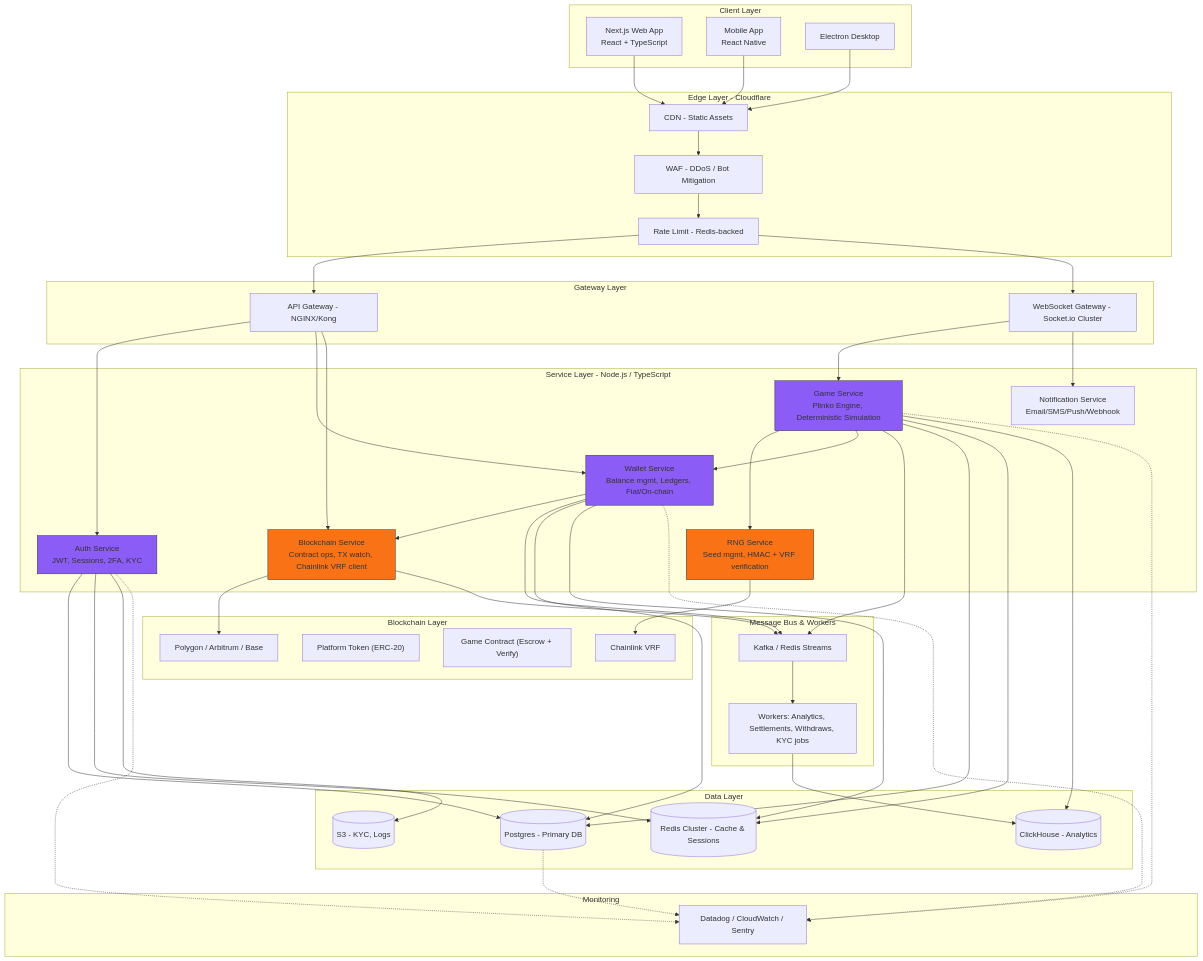
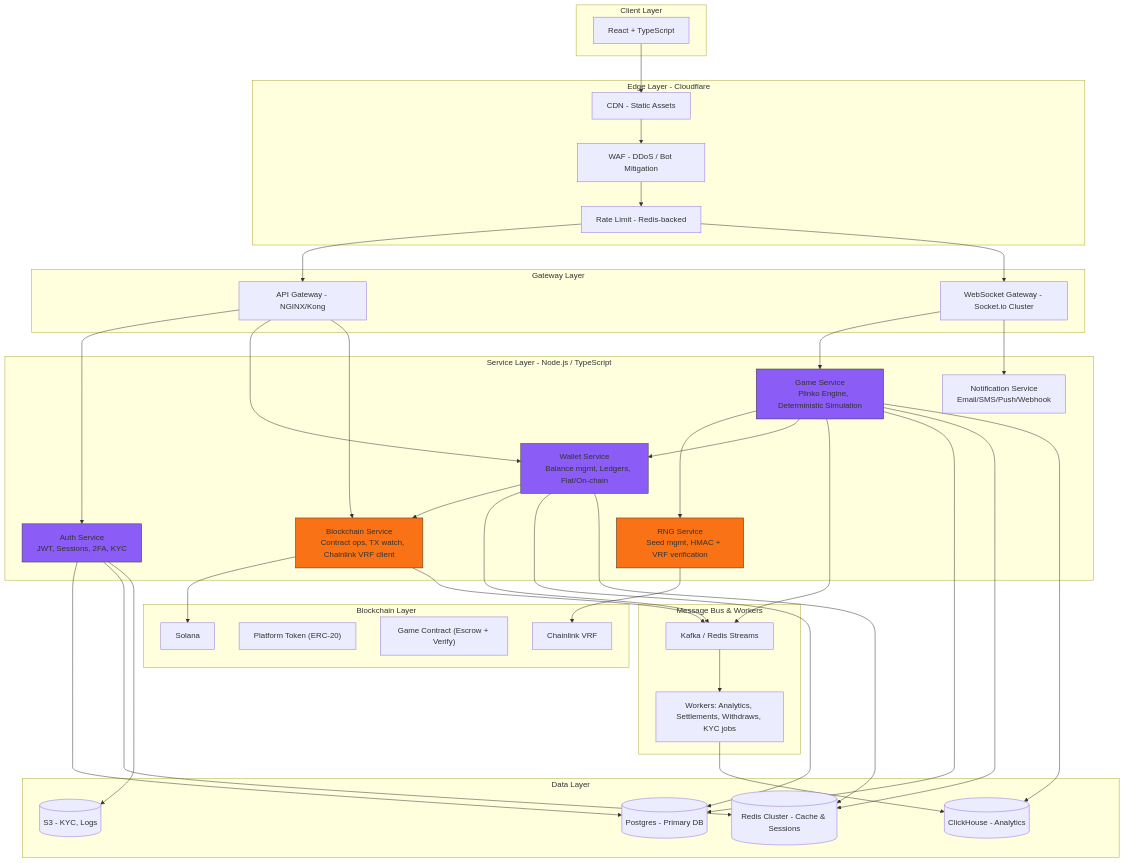
The diagram in README.md (NalinDalal/Astrix), drawn with Mermaid before and after one commit. The commit also changed other lines of this file and 4 other files, not shown here.

```diff
--- a/README.md
+++ b/README.md
@@ -15,9 +15,7 @@
 flowchart TB
   %% Client layer
   subgraph CLIENT ["Client Layer"]
-    A1["Next.js Web App\nReact + TypeScript"]
-    A2["Mobile App\nReact Native"]
-    A3["Electron Desktop"]
+    A1["React + TypeScript"]
   end
 
   %% Edge / CDN / WAF
@@ -35,12 +33,18 @@
 
   %% Services
   subgraph SERVICES ["Service Layer - Node.js / TypeScript"]
-    D1["Auth Service\nJWT, Sessions, 2FA, KYC"]
-    D2["Game Service\nPlinko Engine, Deterministic Simulation"]
-    D3["Wallet Service\nBalance mgmt, Ledgers, Fiat/On-chain"]
-    D4["RNG Service\nSeed mgmt, HMAC + VRF verification"]
-    D5["Blockchain Service\nContract ops, TX watch, Chainlink VRF client"]
-    D6["Notification Service\nEmail/SMS/Push/Webhook"]
+    D1["Auth Service
+    JWT, Sessions, 2FA, KYC"]
+    D2["Game Service
+    Plinko Engine, Deterministic Simulation"]
+    D3["Wallet Service
+    Balance mgmt, Ledgers, Fiat/On-chain"]
+    D4["RNG Service
+    Seed mgmt, HMAC + VRF verification"]
+    D5["Blockchain Service
+    Contract ops, TX watch, Chainlink VRF client"]
+    D6["Notification Service
+    Email/SMS/Push/Webhook"]
   end
 
   %% Message bus / workers
@@ -59,21 +63,15 @@
 
   %% Blockchain
   subgraph CHAIN ["Blockchain Layer"]
-    G1["Polygon / Arbitrum / Base"]
+    G1["Solana"]
     G2["Platform Token (ERC-20)"]
     G3["Game Contract (Escrow + Verify)"]
     G4["Chainlink VRF"]
   end
 
-  %% Observability
-  subgraph OBS ["Monitoring"]
-    H1["Datadog / CloudWatch / Sentry"]
-  end
 
   %% Connections
   A1 --> B1
-  A2 --> B1
-  A3 --> B1
   B1 --> B2
   B2 --> B3
 
@@ -107,10 +105,6 @@
   D2 --> F3
   D1 --> F4
 
-  D1 -.-> H1
-  D2 -.-> H1
-  D3 -.-> H1
-  F1 -.-> H1
 
   %% Styling (GitHub/VScode-friendly)
   classDef service fill:#8b5cf6,stroke:#333,stroke-width:1px;
```
